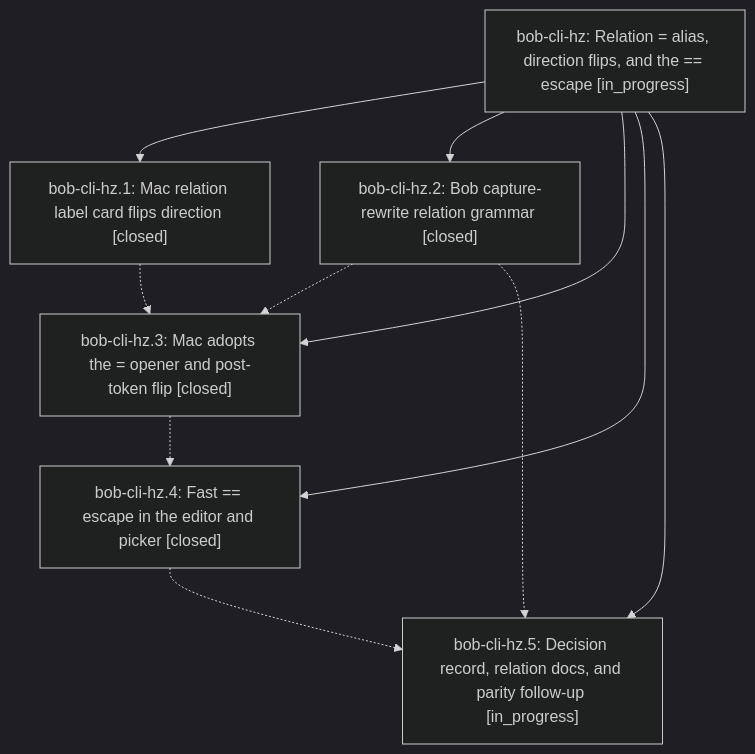
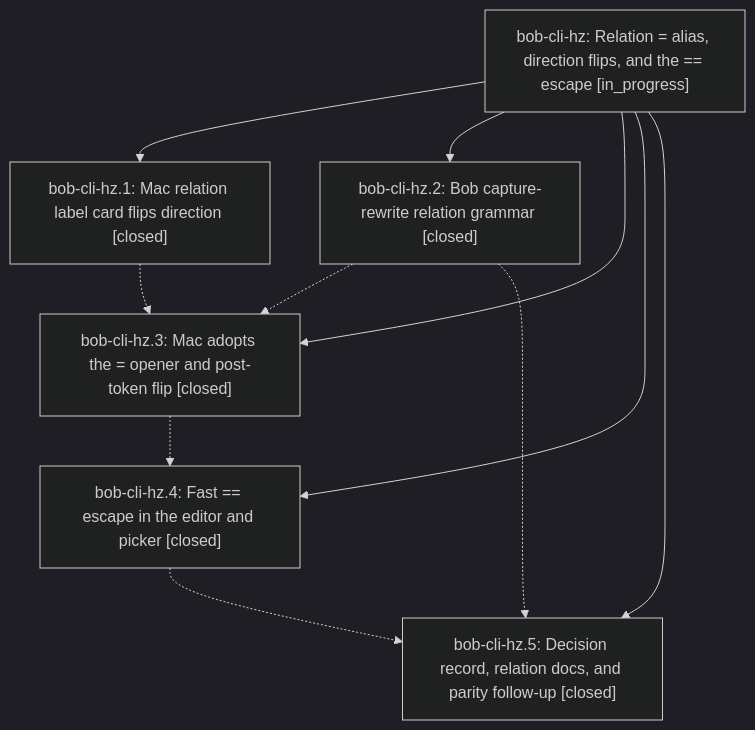
Before and after one commit to bobs-org/bob-cli--beads: the diagram in pages/bob-cli-hz/README.md, drawn with Mermaid (dark theme). The commit also changed other lines of this file and 5 other files, not shown here.

First line of the commit message:
chore(beads): sync bead state and pages for bob-cli-hz

````diff
--- a/pages/bob-cli-hz/README.md
+++ b/pages/bob-cli-hz/README.md
@@ -38,19 +38,19 @@
 ```mermaid
 flowchart TD
     n0["bob-cli-hz: Relation = alias, direction flips, and the == escape [in_progress]"]
     n1["bob-cli-hz.1: Mac relation label card flips direction [closed]"]
     n2["bob-cli-hz.2: Bob capture-rewrite relation grammar [closed]"]
     n3["bob-cli-hz.3: Mac adopts the = opener and post-token flip [closed]"]
     n4["bob-cli-hz.4: Fast == escape in the editor and picker [closed]"]
-    n5["bob-cli-hz.5: Decision record, relation docs, and parity follow-up [in_progress]"]
+    n5["bob-cli-hz.5: Decision record, relation docs, and parity follow-up [closed]"]
     n0 --> n1
     n0 --> n2
     n0 --> n3
     n0 --> n4
     n0 --> n5
     n1 -.-> n3
     n2 -.-> n3
     n2 -.-> n5
     n3 -.-> n4
     n4 -.-> n5
 ```
````
